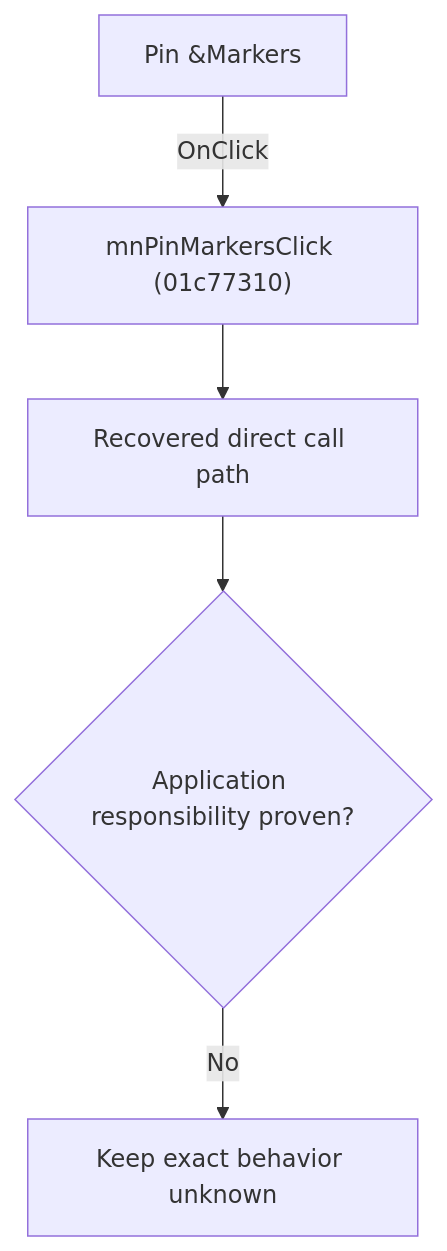
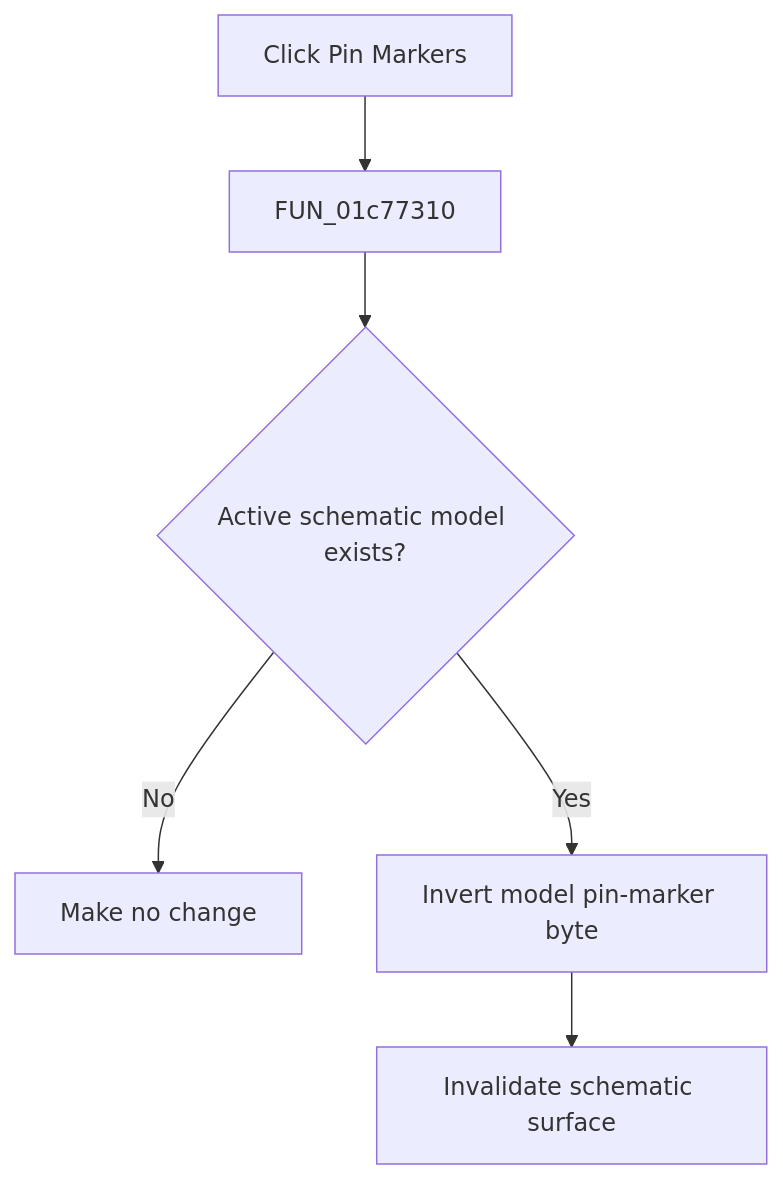
The diagram in docs/ui-controls/schematiceditor/mnpinmarkers-235c75c286.md (MovGP0/TIARA), drawn with Mermaid before and after one commit. The commit also changed other lines of this file and 241 other files, not shown here.

````diff
--- a/docs/ui-controls/schematiceditor/mnpinmarkers-235c75c286.md
+++ b/docs/ui-controls/schematiceditor/mnpinmarkers-235c75c286.md
@@ -27,7 +27,8 @@
 ```mermaid
 flowchart TD
-    control["Pin &Markers"] -->|"OnClick"| handler["mnPinMarkersClick (01c77310)"]
-    handler --> recovered["Recovered direct call path"]
-    recovered --> gap{"Application responsibility proven?"}
-    gap -->|"No"| blocked["Keep exact behavior unknown"]
+    control["Click Pin Markers"] --> handler["FUN_01c77310"]
+    handler --> active{"Active schematic model exists?"}
+    active -->|"No"| noop["Make no change"]
+    active -->|"Yes"| toggle["Invert model pin-marker byte"]
+    toggle --> repaint["Invalidate schematic surface"]
 ```
````
